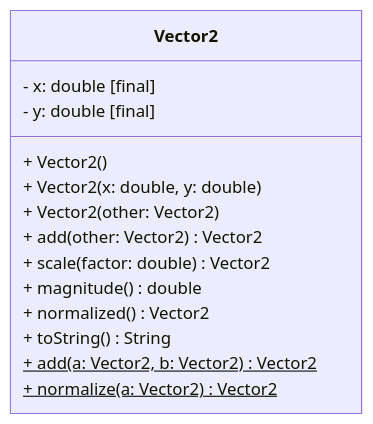
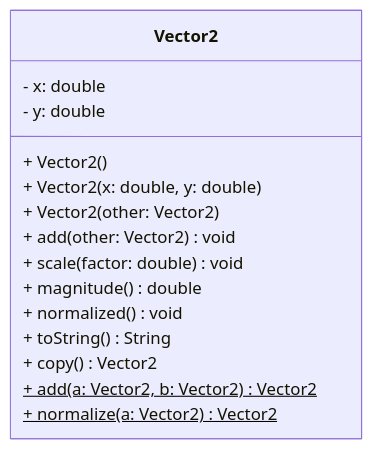
One commit to TroelsMortensen/Codelabs2 changed the diagram in Articles/Session 9 - Extra exercises/001 Vector exercise.md. Above: the diagram before and after it, drawn with Mermaid. The commit also changed other lines of this file and 1 other file, not shown here.

````diff
--- a/Articles/Session 9 - Extra exercises/001 Vector exercise.md
+++ b/Articles/Session 9 - Extra exercises/001 Vector exercise.md
@@ -10,17 +7,18 @@
 ```mermaid
 classDiagram
   class Vector2 {
-    - x: double [final]
-    - y: double [final]
+    - x: double 
+    - y: double 
     + Vector2()
     + Vector2(x: double, y: double)
     + Vector2(other: Vector2)
-    + add(other: Vector2) Vector2
-    + scale(factor: double) Vector2
+    + add(other: Vector2) void
+    + scale(factor: double) void
     + magnitude() double
-    + normalized() Vector2
+    + normalized() void
     + toString() String
+    + copy() Vector2
     + add(a: Vector2, b: Vector2)$ Vector2
     + normalize(a: Vector2)$ Vector2
   }
 ```
````
